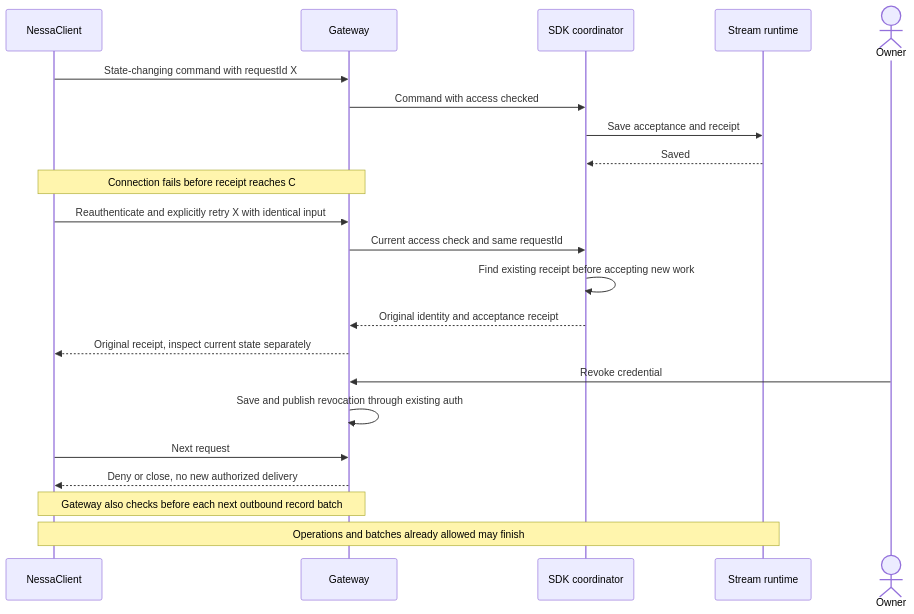
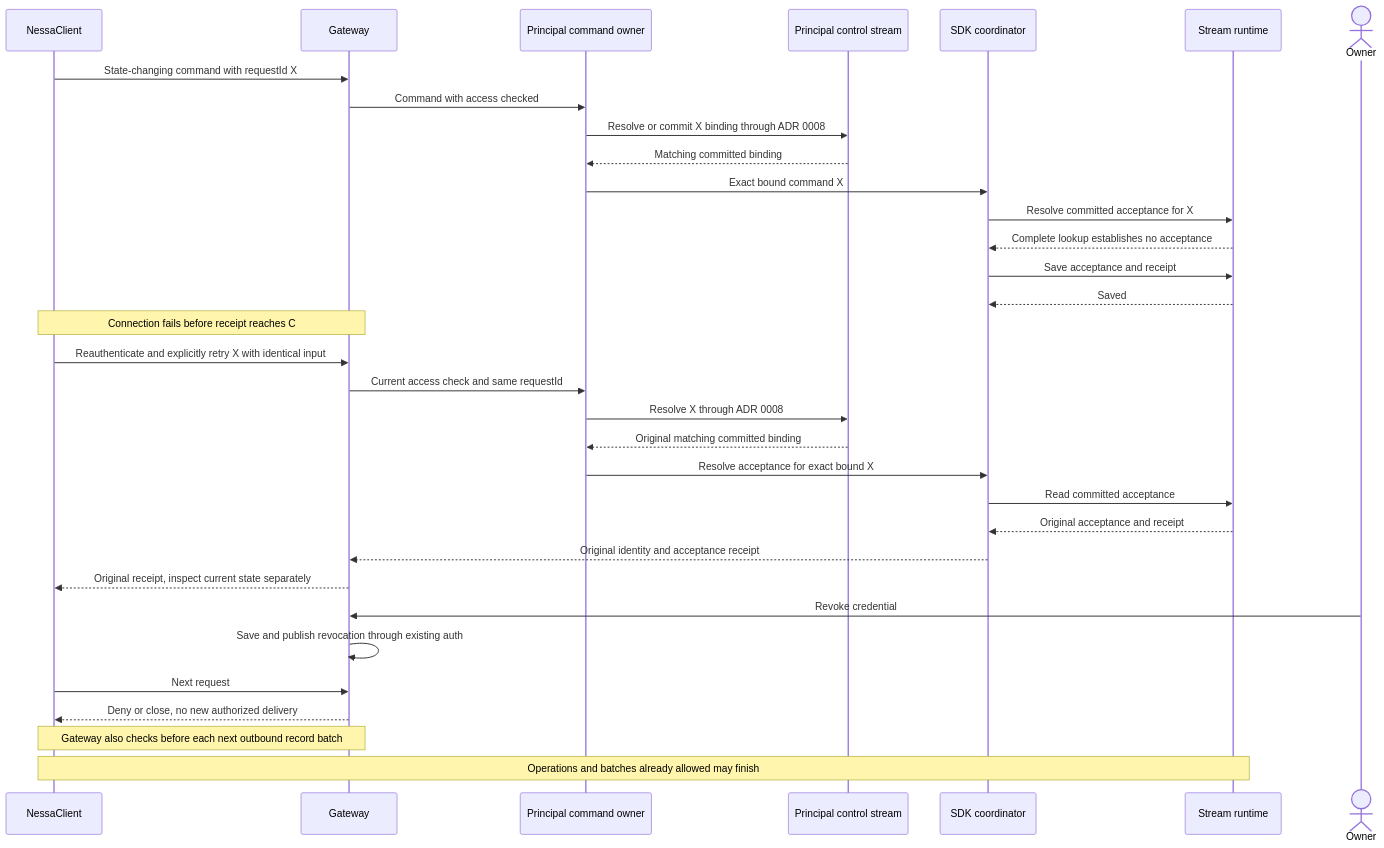
One commit to nessalabs/nessa-agent changed the fourth of 4 diagrams in docs/design/collaboration-sequences-and-mcp.md. Above: the diagram before and after it, drawn with Mermaid. The commit also changed other lines of this file and 7 other files, not shown here.

````diff
--- a/docs/design/collaboration-sequences-and-mcp.md
+++ b/docs/design/collaboration-sequences-and-mcp.md
@@ -166,24 +194,35 @@
 ```mermaid
 sequenceDiagram
     participant C as NessaClient
     participant G as Gateway
+    participant I as Principal command owner
+    participant K as Principal control stream
     participant R as SDK coordinator
     participant S as Stream runtime
     actor Owner
     C->>G: State-changing command with requestId X
-    G->>R: Command with access checked
+    G->>I: Command with access checked
+    I->>K: Resolve or commit X binding through ADR 0008
+    K-->>I: Matching committed binding
+    I->>R: Exact bound command X
+    R->>S: Resolve committed acceptance for X
+    S-->>R: Complete lookup establishes no acceptance
     R->>S: Save acceptance and receipt
     S-->>R: Saved
     Note over C,G: Connection fails before receipt reaches C
     C->>G: Reauthenticate and explicitly retry X with identical input
-    G->>R: Current access check and same requestId
-    R->>R: Find existing receipt before accepting new work
+    G->>I: Current access check and same requestId
+    I->>K: Resolve X through ADR 0008
+    K-->>I: Original matching committed binding
+    I->>R: Resolve acceptance for exact bound X
+    R->>S: Read committed acceptance
+    S-->>R: Original acceptance and receipt
     R-->>G: Original identity and acceptance receipt
     G-->>C: Original receipt, inspect current state separately
     Owner->>G: Revoke credential
     G->>G: Save and publish revocation through existing auth
     C->>G: Next request
     G-->>C: Deny or close, no new authorized delivery
     Note over G,C: Gateway also checks before each next outbound record batch
     Note over C,S: Operations and batches already allowed may finish
 ```
````
